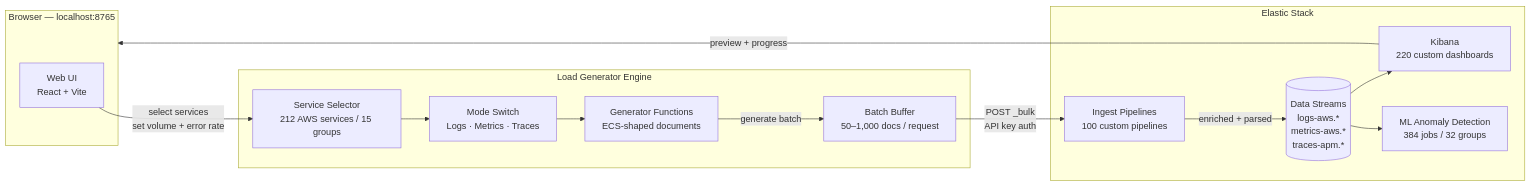
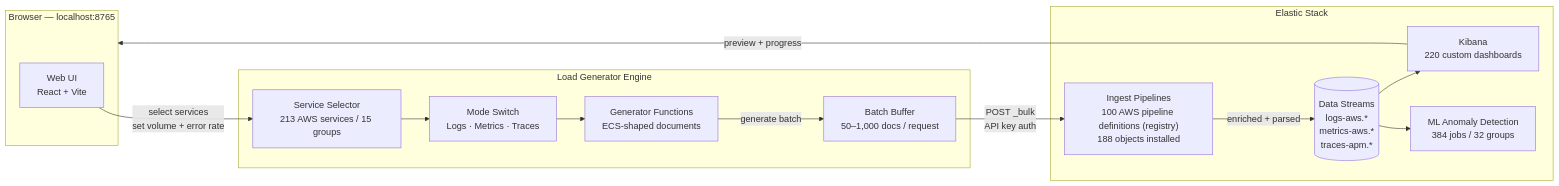
One commit to rkernutt/cloud-to-elastic-load-generator changed the first of 14 diagrams in docs/diagrams.md. Above: the diagram before and after it, drawn with Mermaid. The commit also changed other lines of this file and 1126 other files, not shown here.

````diff
--- a/docs/diagrams.md
+++ b/docs/diagrams.md
@@ -11,30 +11,30 @@
 ```mermaid
 flowchart LR
     subgraph Browser["Browser — localhost:8765"]
         UI["Web UI\nReact + Vite"]
     end
 
     subgraph Engine["Load Generator Engine"]
-        SEL["Service Selector\n212 AWS services / 15 groups"]
+        SEL["Service Selector\n213 AWS services / 15 groups"]
         MODE["Mode Switch\nLogs · Metrics · Traces"]
         GEN["Generator Functions\nECS-shaped documents"]
         BUF["Batch Buffer\n50–1,000 docs / request"]
     end
 
     subgraph Elastic["Elastic Stack"]
-        PIPE["Ingest Pipelines\n100 custom pipelines"]
+        PIPE["Ingest Pipelines\n100 AWS pipeline definitions (registry)\n188 objects installed"]
         DS[("Data Streams\nlogs-aws.*\nmetrics-aws.*\ntraces-apm.*")]
         KB["Kibana\n220 custom dashboards"]
         ML["ML Anomaly Detection\n384 jobs / 32 groups"]
     end
 
     UI -->|"select services\nset volume + error rate"| SEL
     SEL --> MODE
     MODE --> GEN
     GEN -->|"generate batch"| BUF
     BUF -->|"POST _bulk\nAPI key auth"| PIPE
     PIPE -->|"enriched + parsed"| DS
     DS --> KB
     DS --> ML
     KB -->|"preview + progress"| Browser
 ```
````
